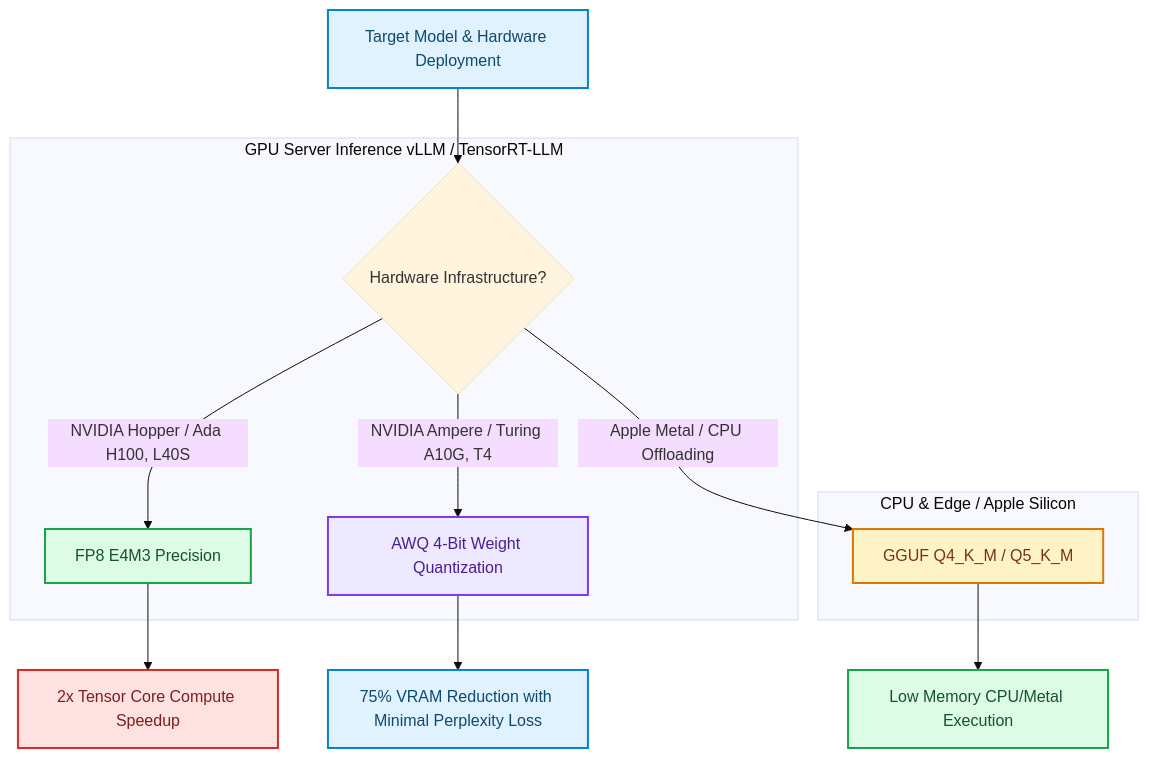
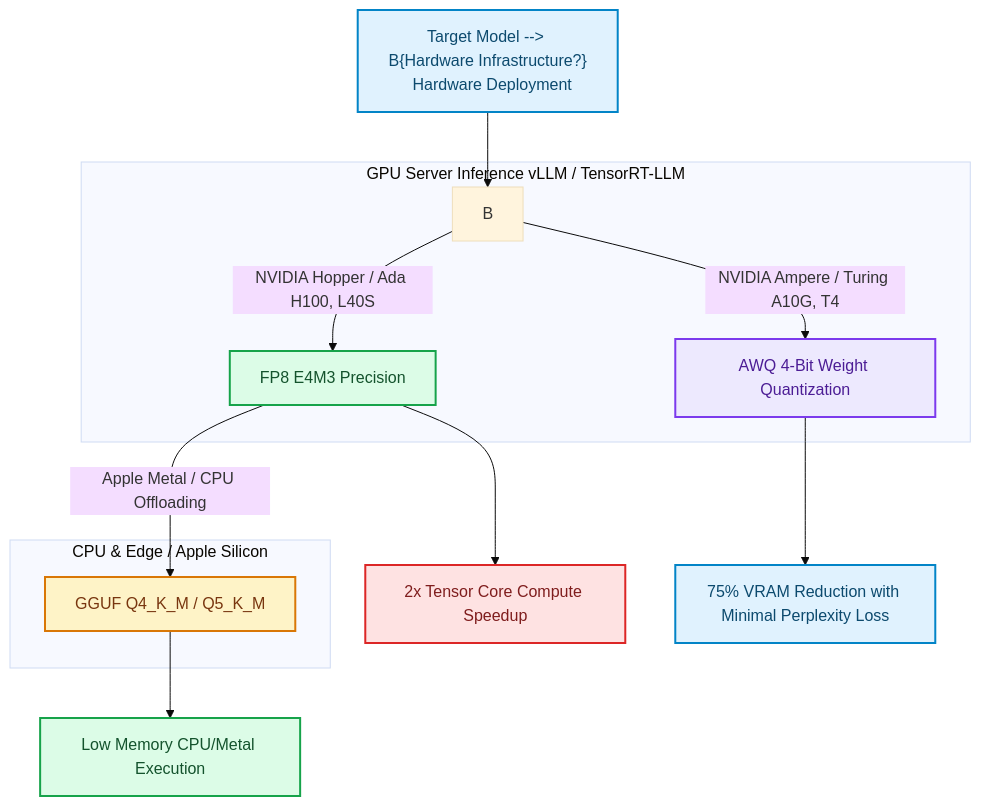
The diagram in blog/posts/quantization-strategies-local-slm-awq-gguf-fp8.md (akmalkhaniub/akmalkhaniub.github.io), drawn with Mermaid (base theme) before and after one commit. The commit also changed 894 other files, not shown here.

Commit message:
feat(blog): upgrade all 444 posts with unique staggered dates, 2-col Mermaid spines, benchmark tables, code blocks, and trade-offs

````diff
--- a/blog/posts/quantization-strategies-local-slm-awq-gguf-fp8.md
+++ b/blog/posts/quantization-strategies-local-slm-awq-gguf-fp8.md
@@ -17,28 +17,29 @@
 ```mermaid
 flowchart TD
-  A["Target Model & Hardware Deployment"] --> B{Hardware Infrastructure?}
+  A["Target Model --> B{Hardware Infrastructure?}
+  Hardware Deployment"] --> B
   
   subgraph SG1_GpuServerInference ["GPU Server Inference vLLM / TensorRT-LLM"]
     B -->|NVIDIA Hopper / Ada H100, L40S| C["FP8 E4M3 Precision"]
     B -->|NVIDIA Ampere / Turing A10G, T4| D["AWQ 4-Bit Weight Quantization"]
   end
   
   subgraph SG2_CpuEdgeApple ["CPU & Edge / Apple Silicon"]
-    B -->|Apple Metal / CPU Offloading| E["GGUF Q4_K_M / Q5_K_M"]
+    C --> |Apple Metal / CPU Offloading| E["GGUF Q4_K_M / Q5_K_M"]
   end
   
   C --> F["2x Tensor Core Compute Speedup"]
   D --> G["75% VRAM Reduction with Minimal Perplexity Loss"]
   E --> H["Low Memory CPU/Metal Execution"]
 
 classDef green fill:#dcfce7,stroke:#16a34a,stroke-width:2px,color:#14532d;
 classDef red fill:#fee2e2,stroke:#dc2626,stroke-width:2px,color:#7f1d1d;
 classDef blue fill:#e0f2fe,stroke:#0284c7,stroke-width:2px,color:#0c4a6e;
 classDef yellow fill:#fef3c7,stroke:#d97706,stroke-width:2px,color:#78350f;
 classDef purple fill:#ede9fe,stroke:#7c3aed,stroke-width:2px,color:#4c1d95;
 class A,G blue
 class C,H green
 class D purple
 class E yellow
 class F red
 ```
````
